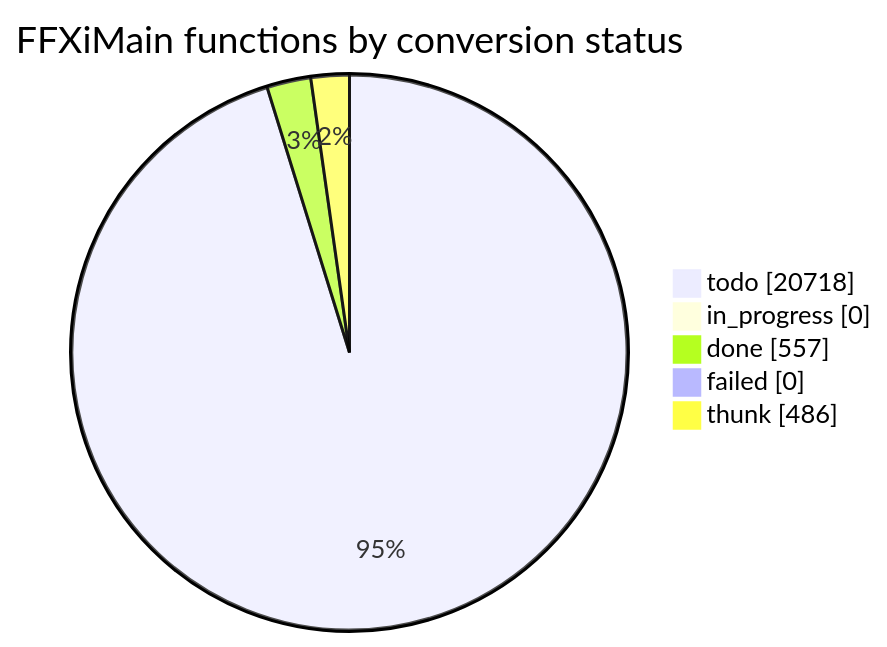
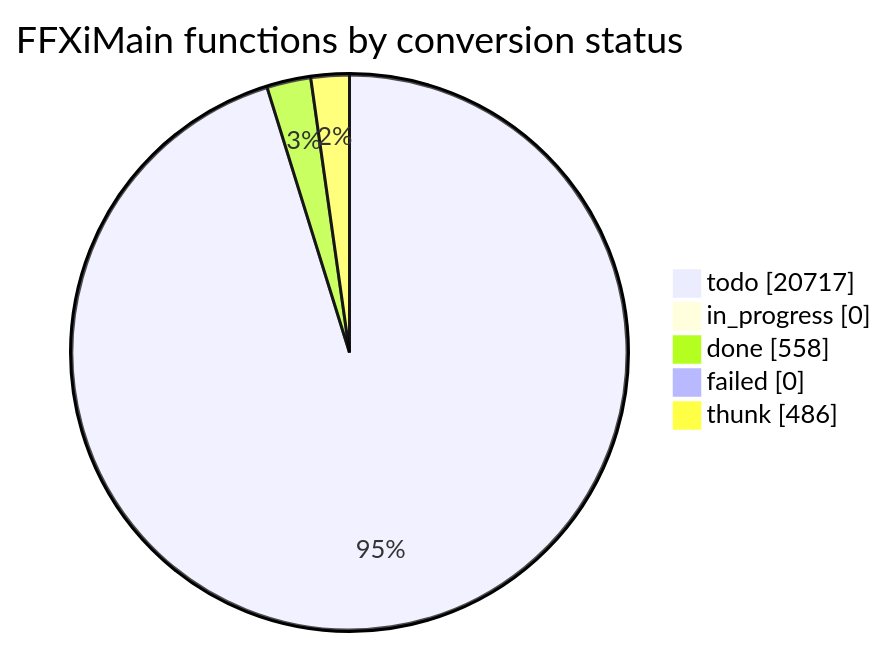
The diagram in docs/cow/STATUS.md (cowrevenge/cow_kuluu_xi_anything), drawn with Mermaid before and after one commit. The commit also changed other lines of this file and 9 other files, not shown here.

````diff
--- a/docs/cow/STATUS.md
+++ b/docs/cow/STATUS.md
@@ -18,9 +18,9 @@
 ```mermaid
 pie showData
     title FFXiMain functions by conversion status
-    "todo" : 20718
+    "todo" : 20717
     "in_progress" : 0
-    "done" : 557
+    "done" : 558
     "failed" : 0
     "thunk" : 486
 ```
````
